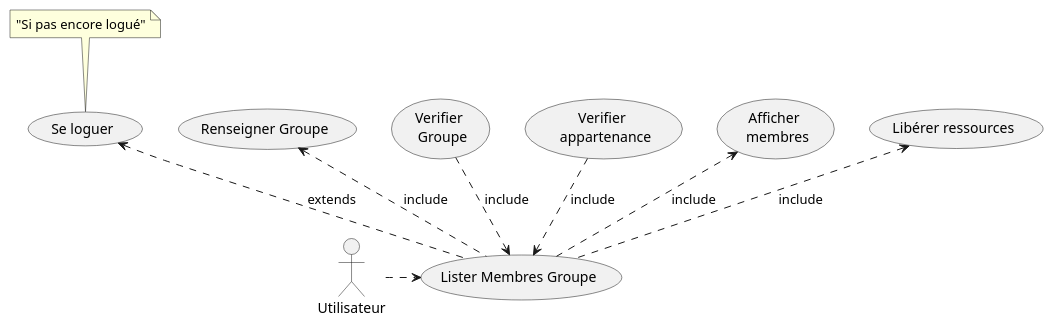
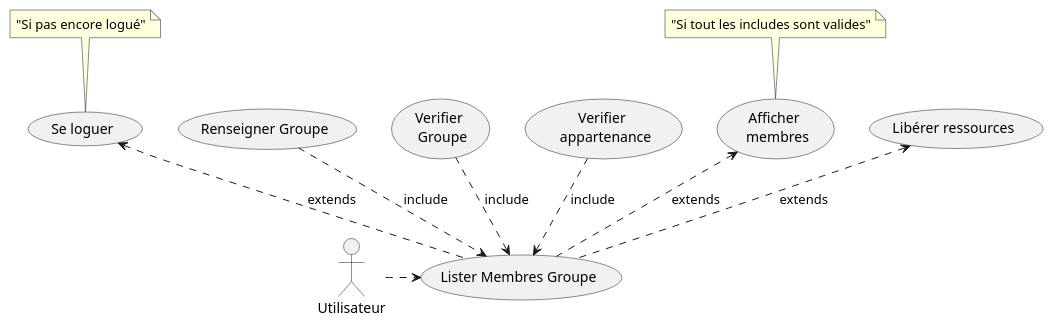
The diagram in docs/use_cases/ListerMembresGroupe.puml (clementfvrl/projet_linux), drawn with PlantUML before and after one commit. The commit also changed 7 other files, not shown here.

```diff
--- a/docs/use_cases/ListerMembresGroupe.puml
+++ b/docs/use_cases/ListerMembresGroupe.puml
@@ -1,17 +1,18 @@
 @startuml
 
 actor Utilisateur as User
 
 (Se loguer) <.. (Lister Membres Groupe) : extends
 
 note top of (Se loguer) : "Si pas encore logué"
 
 (User) .> (Lister Membres Groupe)
 
-(Renseigner Groupe) <.. (Lister Membres Groupe) : include
+(Renseigner Groupe) ..> (Lister Membres Groupe) : include
 (Verifier \n Groupe) ..> (Lister Membres Groupe) : include
 (Verifier \n appartenance)..>(Lister Membres Groupe) : include
-(Afficher \n membres) <.. (Lister Membres Groupe) : include
-(Libérer ressources) <.. (Lister Membres Groupe) : include
+(Afficher \n membres) <.. (Lister Membres Groupe) : extends
+note top of  (Afficher \n membres) : "Si tout les includes sont valides"
+(Libérer ressources) <.. (Lister Membres Groupe) : extends
 
 @enduml
```
